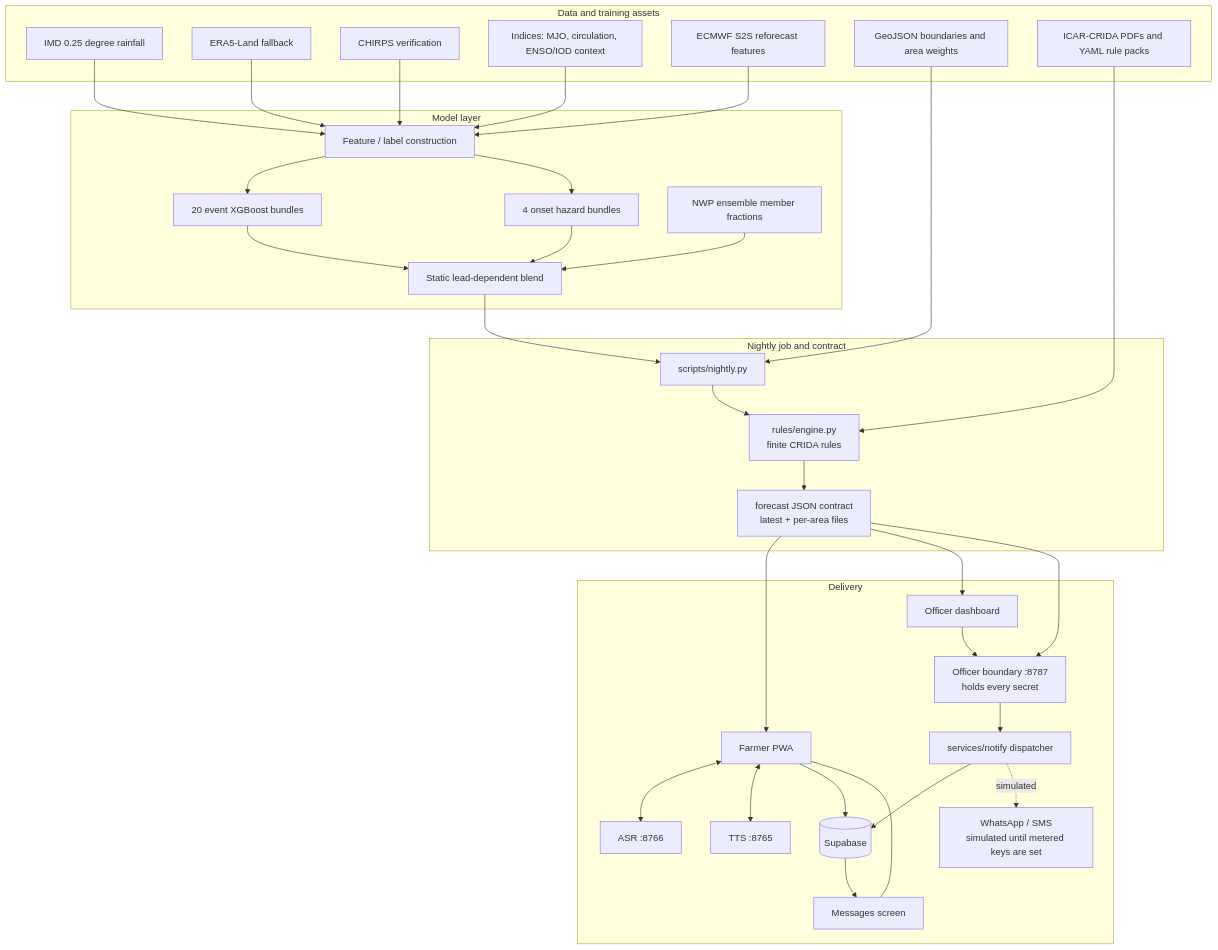
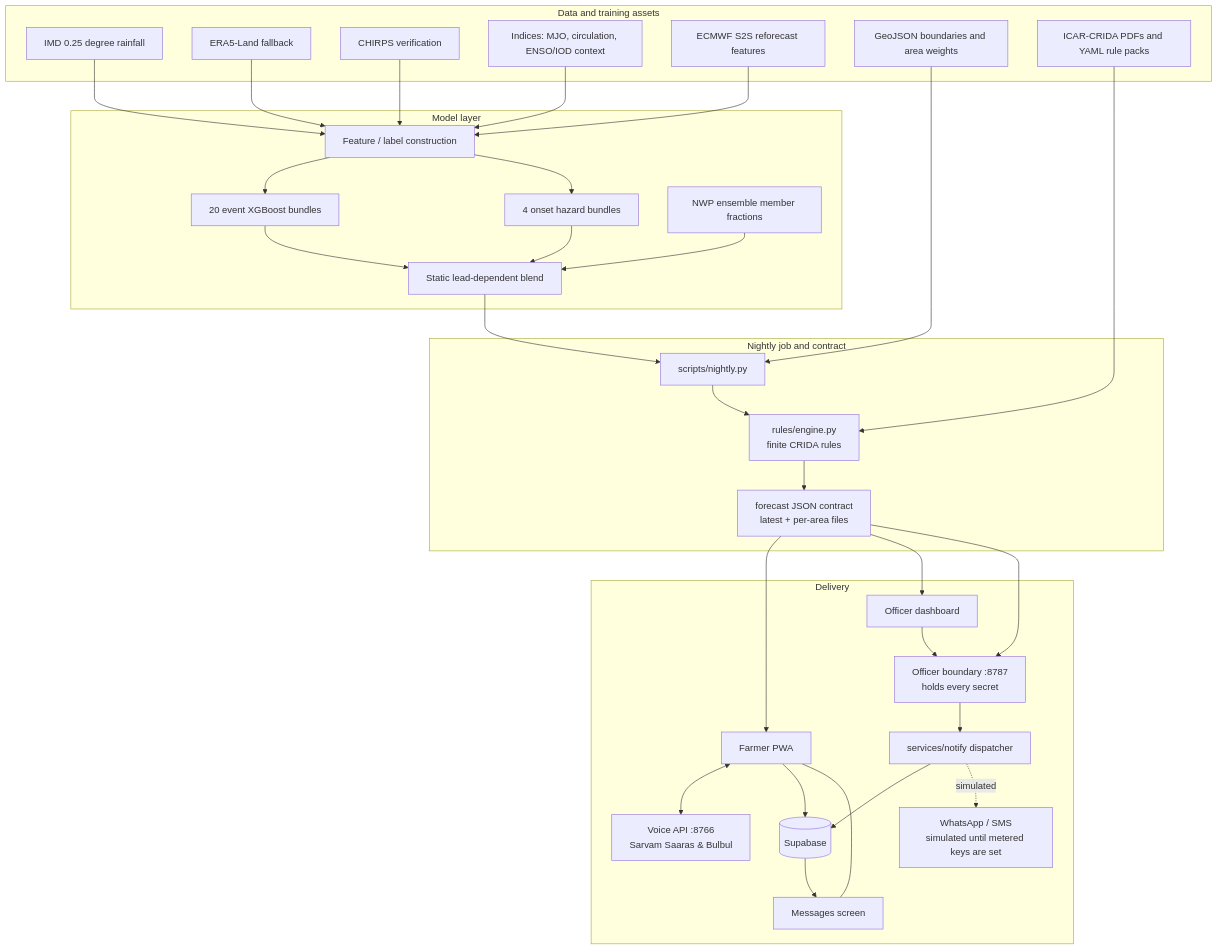
Before and after one commit to Halcyonic-01/LastCommit: the second of 2 diagrams in README.md, drawn with Mermaid. The commit also changed other lines of this file, not shown here.

Commit message:
docs: bring README up to date with Sarvam AI voice architecture

````diff
--- a/README.md
+++ b/README.md
@@ -91,67 +91,65 @@
 ```mermaid
 flowchart TB
     subgraph Data[Data and training assets]
       IMD[IMD 0.25 degree rainfall]
       ERA[ERA5-Land fallback]
       CH[CHIRPS verification]
       IDX[Indices: MJO, circulation, ENSO/IOD context]
       ECM[ECMWF S2S reforecast features]
       GEO[GeoJSON boundaries and area weights]
       CRIDA[ICAR-CRIDA PDFs and YAML rule packs]
     end
 
     subgraph ML[Model layer]
       FE[Feature / label construction]
       XGB[20 event XGBoost bundles]
       HAZ[4 onset hazard bundles]
       NWP[NWP ensemble member fractions]
       BL[Static lead-dependent blend]
     end
 
     subgraph Runtime[Nightly job and contract]
       NIGHT[scripts/nightly.py]
       RULES[rules/engine.py<br/>finite CRIDA rules]
       CONTRACT[forecast JSON contract<br/>latest + per-area files]
     end
 
     subgraph Delivery[Delivery]
       WEB[Farmer PWA]
       MSG[Messages screen]
       OFF[Officer dashboard]
       BROADCAST[Officer boundary :8787<br/>holds every secret]
       DISP[services/notify dispatcher]
       WA[WhatsApp / SMS<br/>simulated until metered keys are set]
-      ASR[ASR :8766]
-      TTS[TTS :8765]
+      VOICE[Voice API :8766<br/>Sarvam Saaras & Bulbul]
       SB[(Supabase)]
     end
 
     IMD --> FE
     ERA --> FE
     CH --> FE
     IDX --> FE
     ECM --> FE
     FE --> XGB
     FE --> HAZ
     XGB --> BL
     HAZ --> BL
     NWP --> BL
     BL --> NIGHT
     GEO --> NIGHT
     CRIDA --> RULES
     NIGHT --> RULES
     RULES --> CONTRACT
 
     CONTRACT --> WEB
     CONTRACT --> OFF
     CONTRACT --> BROADCAST
-    WEB <--> ASR
-    WEB <--> TTS
+    WEB <--> VOICE
     WEB --> SB
     OFF --> BROADCAST
     BROADCAST --> DISP
     DISP --> SB
     DISP -.simulated.-> WA
     SB --> MSG
     MSG --- WEB
 ```
````
